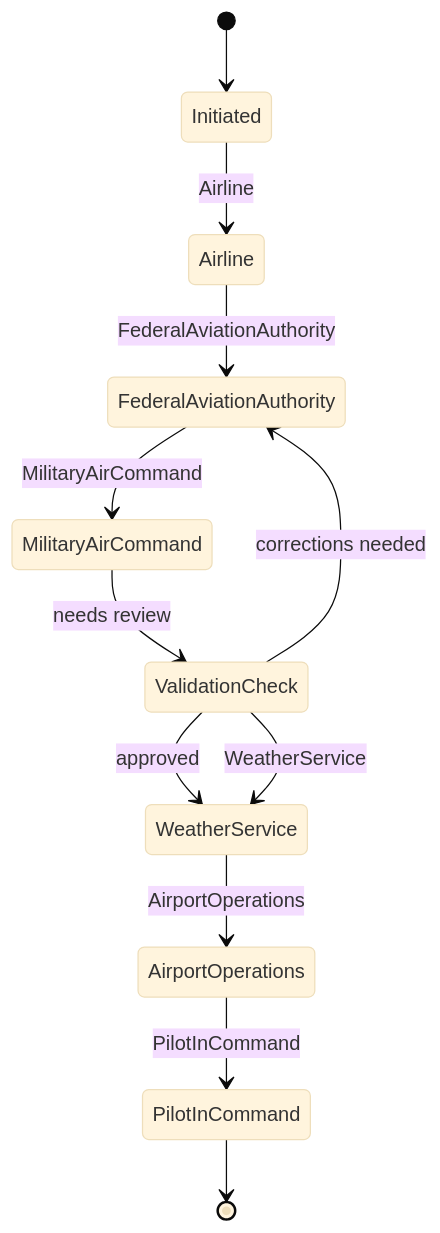
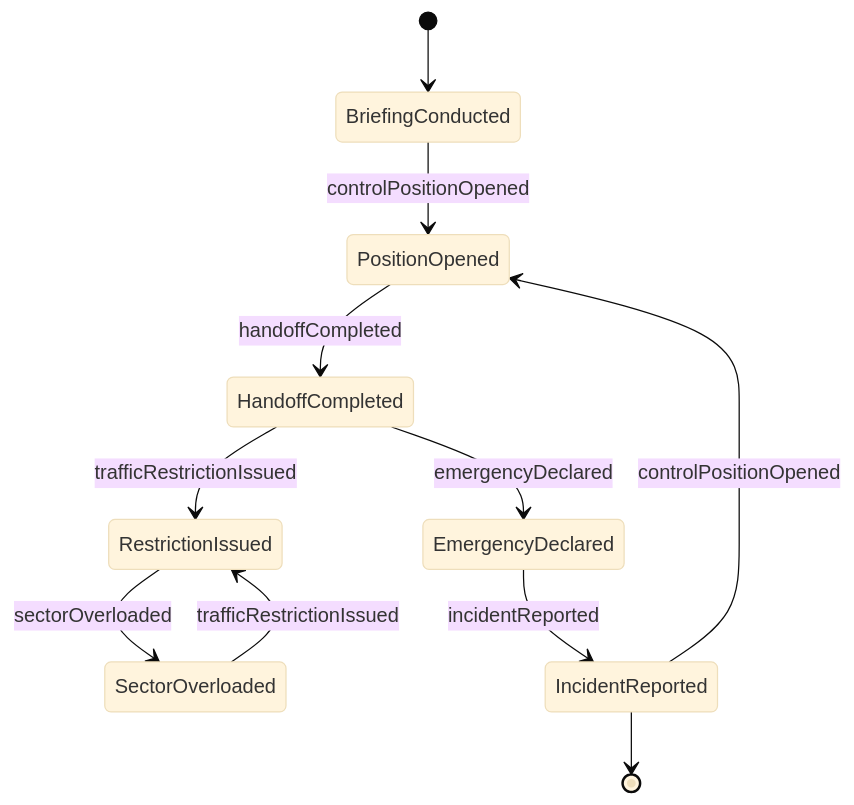
The second of 4 diagrams in GuidingDirectingAndMotivatingSubordinates/ManageControlSystemsOrActivities/CoordinateFlightControlManagementActivities.mdx (dot-org-ai/tasks.org.ai), drawn with Mermaid (base theme) before and after one commit. The commit also changed other lines of this file and 515 other files, not shown here.

````diff
--- a/GuidingDirectingAndMotivatingSubordinates/ManageControlSystemsOrActivities/CoordinateFlightControlManagementActivities.mdx
+++ b/GuidingDirectingAndMotivatingSubordinates/ManageControlSystemsOrActivities/CoordinateFlightControlManagementActivities.mdx
@@ -98,14 +101,13 @@
 ```mermaid
 stateDiagram-v2
-    [*] --> Initiated
-    Initiated --> Airline: Airline
-    Airline --> FederalAviationAuthority: FederalAviationAuthority
-    FederalAviationAuthority --> MilitaryAirCommand: MilitaryAirCommand
-    MilitaryAirCommand --> ValidationCheck: needs review
-    ValidationCheck --> FederalAviationAuthority: corrections needed
-    ValidationCheck --> WeatherService: approved
-    ValidationCheck --> WeatherService: WeatherService
-    WeatherService --> AirportOperations: AirportOperations
-    AirportOperations --> PilotInCommand: PilotInCommand
-    PilotInCommand --> [*]
+    [*] --> BriefingConducted
+    BriefingConducted --> PositionOpened : controlPositionOpened
+    PositionOpened --> HandoffCompleted : handoffCompleted
+    HandoffCompleted --> RestrictionIssued : trafficRestrictionIssued
+    RestrictionIssued --> SectorOverloaded : sectorOverloaded
+    SectorOverloaded --> RestrictionIssued : trafficRestrictionIssued
+    HandoffCompleted --> EmergencyDeclared : emergencyDeclared
+    EmergencyDeclared --> IncidentReported : incidentReported
+    IncidentReported --> PositionOpened : controlPositionOpened
+    IncidentReported --> [*]
 ```
````
